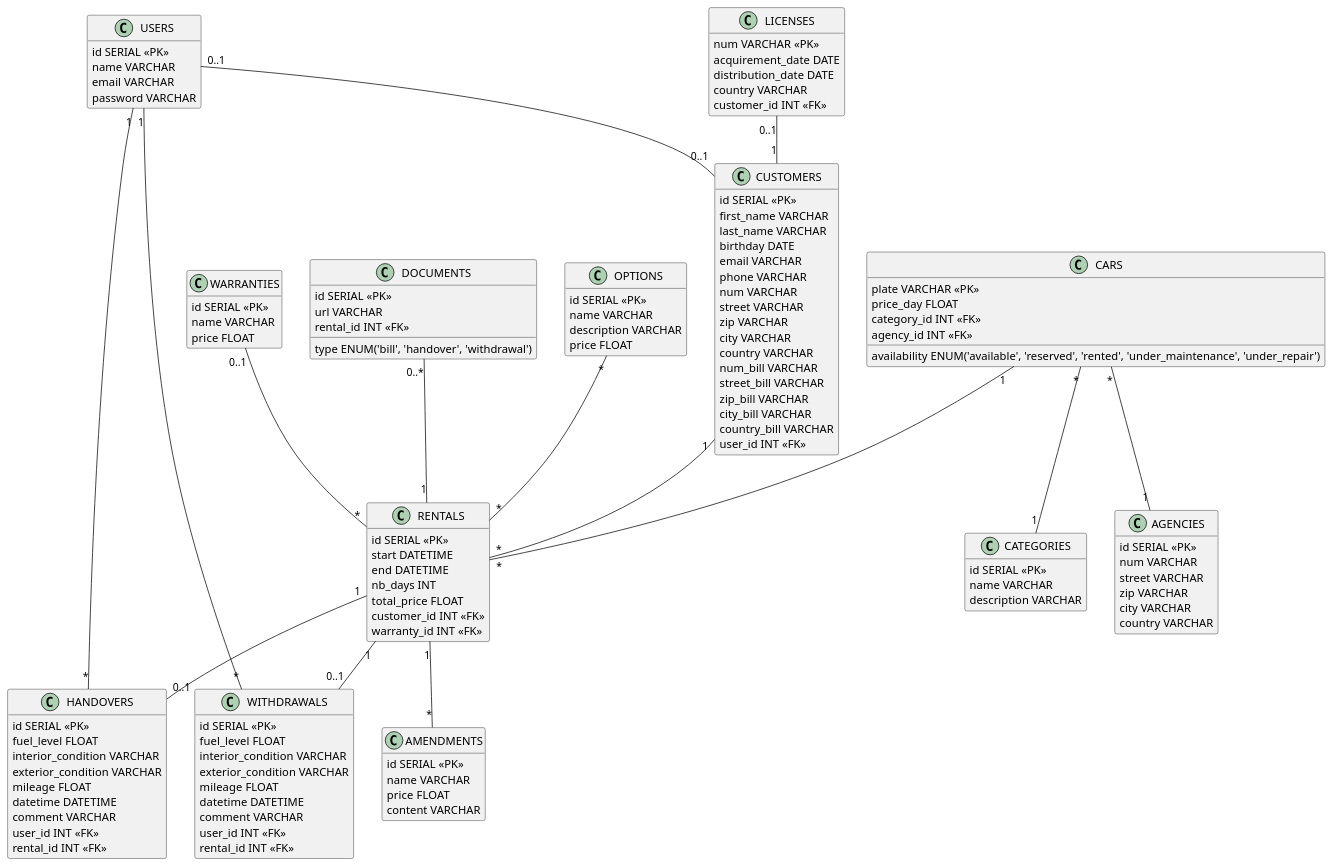
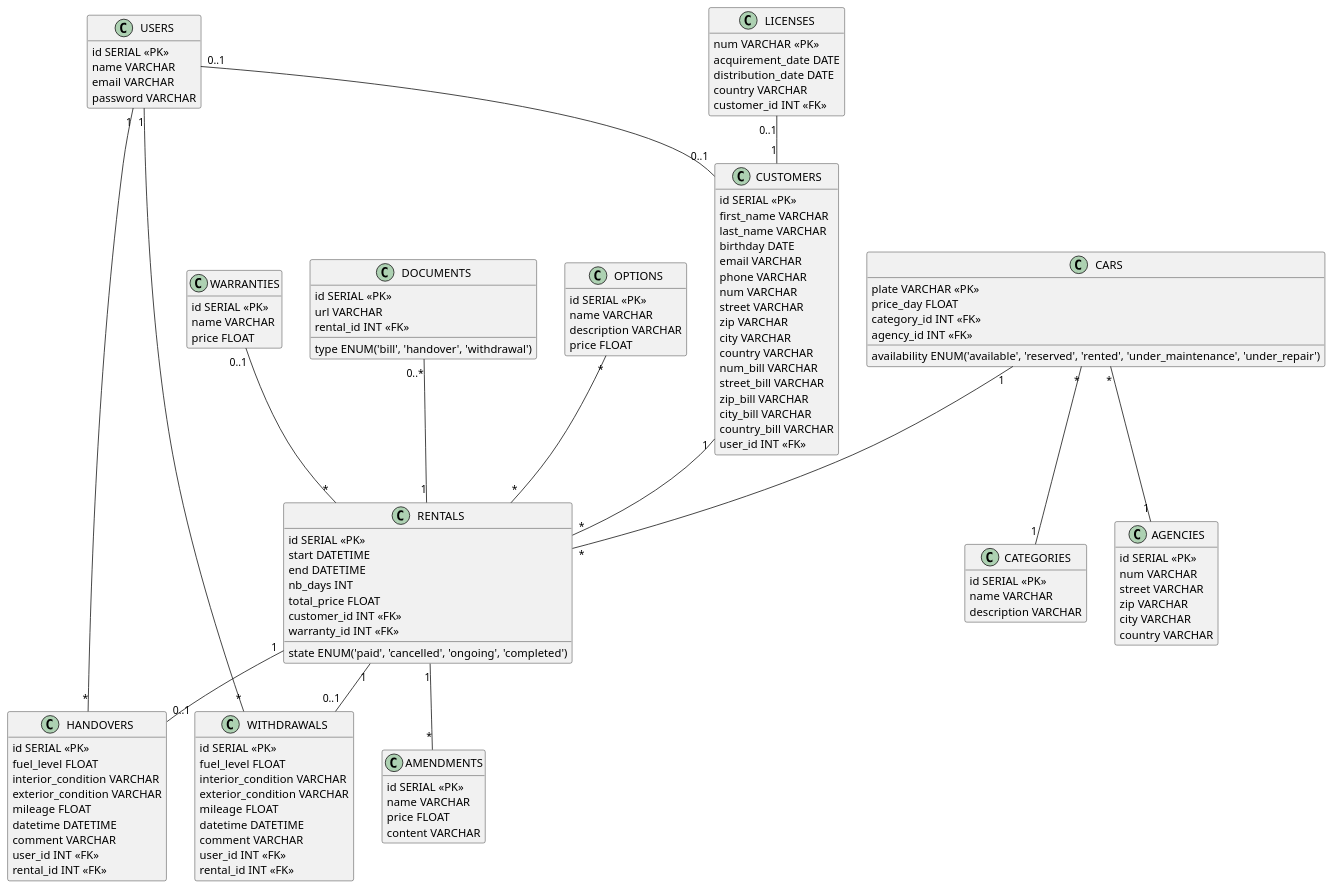
One commit to axelriv62/roulmapoul-api changed the diagram in diagram.puml. Above: the diagram before and after it, drawn with PlantUML.

Commit message:
docs: ajout de l'état d'une location

```diff
--- a/diagram.puml
+++ b/diagram.puml
@@ -1,138 +1,139 @@
 @startuml
 hide empty members
 
 class USERS {
     id SERIAL <<PK>>
     name VARCHAR
     email VARCHAR
     password VARCHAR
 }
 
 class CUSTOMERS {
     id SERIAL <<PK>>
     first_name VARCHAR
     last_name VARCHAR
     birthday DATE
     email VARCHAR
     phone VARCHAR
     num VARCHAR
     street VARCHAR
     zip VARCHAR
     city VARCHAR
     country VARCHAR
     num_bill VARCHAR
     street_bill VARCHAR
     zip_bill VARCHAR
     city_bill VARCHAR
     country_bill VARCHAR
     user_id INT <<FK>>
 }
 
 class RENTALS {
     id SERIAL <<PK>>
     start DATETIME
     end DATETIME
     nb_days INT
+    state ENUM('paid', 'cancelled', 'ongoing', 'completed')
     total_price FLOAT
     customer_id INT <<FK>>
     warranty_id INT <<FK>>
 }
 
 class LICENSES {
     num VARCHAR <<PK>>
     acquirement_date DATE
     distribution_date DATE
     country VARCHAR
     customer_id INT <<FK>>
 }
 
 class WARRANTIES {
     id SERIAL <<PK>>
     name VARCHAR
     price FLOAT
 }
 
 class AMENDMENTS {
     id SERIAL <<PK>>
     name VARCHAR
     price FLOAT
     content VARCHAR
 }
 
 class DOCUMENTS {
     id SERIAL <<PK>>
     type ENUM('bill', 'handover', 'withdrawal')
     url VARCHAR
     rental_id INT <<FK>>
 }
 
 class WITHDRAWALS {
     id SERIAL <<PK>>
     fuel_level FLOAT
     interior_condition VARCHAR
     exterior_condition VARCHAR
     mileage FLOAT
     datetime DATETIME
     comment VARCHAR
     user_id INT <<FK>>
     rental_id INT <<FK>>
 }
 
 class HANDOVERS {
     id SERIAL <<PK>>
     fuel_level FLOAT
     interior_condition VARCHAR
     exterior_condition VARCHAR
     mileage FLOAT
     datetime DATETIME
     comment VARCHAR
     user_id INT <<FK>>
     rental_id INT <<FK>>
 }
 
 class CARS {
     plate VARCHAR <<PK>>
     availability ENUM('available', 'reserved', 'rented', 'under_maintenance', 'under_repair')
     price_day FLOAT
     category_id INT <<FK>>
     agency_id INT <<FK>>
 }
 
 class OPTIONS {
     id SERIAL <<PK>>
     name VARCHAR
     description VARCHAR
     price FLOAT
 }
 
 class CATEGORIES {
     id SERIAL <<PK>>
     name VARCHAR
     description VARCHAR
 }
 
 class AGENCIES {
     id SERIAL <<PK>>
     num VARCHAR
     street VARCHAR
     zip VARCHAR
     city VARCHAR
     country VARCHAR
 }
 
 CARS "*" -- "1" AGENCIES
 CARS "*" -- "1" CATEGORIES
 CARS "1" -- "*" RENTALS
 RENTALS "1" -- "*" AMENDMENTS
 RENTALS "1" -- "0..1" WITHDRAWALS
 WITHDRAWALS "*" -- "1" USERS
 USERS "0..1" -- "0..1" CUSTOMERS
 LICENSES "0..1" -- "1" CUSTOMERS
 WARRANTIES "0..1" -- "*" RENTALS
 OPTIONS "*" -- "*" RENTALS
 DOCUMENTS "0..*" -- "1" RENTALS
 USERS "1" -- "*" HANDOVERS
 RENTALS "1" -- "0..1" HANDOVERS
 CUSTOMERS "1" -- "*" RENTALS
 
 @enduml
```
